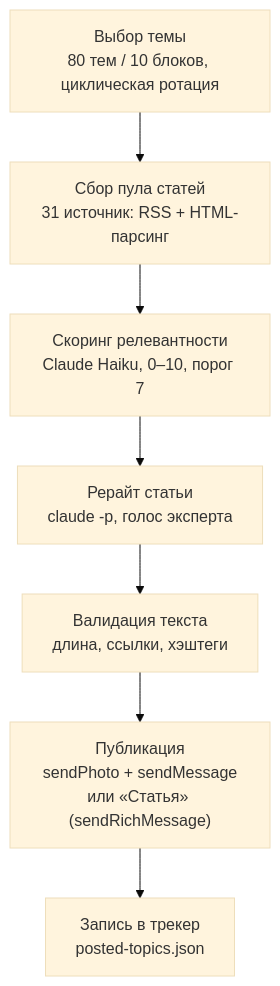
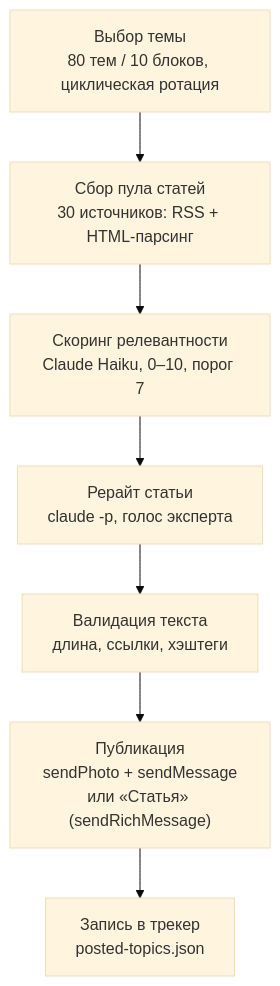
Before and after one commit to jw-git-hub/psy-aleksander-tg-auto-posts-bot: the diagram in README.md, drawn with Mermaid (base theme). The commit also changed other lines of this file and 5 other files, not shown here.

````diff
--- a/README.md
+++ b/README.md
@@ -45,9 +45,9 @@
 ```mermaid
 flowchart TD
-    A["Выбор темы<br/>80 тем / 10 блоков, циклическая ротация"] --> B["Сбор пула статей<br/>31 источник: RSS + HTML-парсинг"]
+    A["Выбор темы<br/>80 тем / 10 блоков, циклическая ротация"] --> B["Сбор пула статей<br/>30 источников: RSS + HTML-парсинг"]
     B --> C["Скоринг релевантности<br/>Claude Haiku, 0–10, порог 7"]
     C --> D["Рерайт статьи<br/>claude -p, голос эксперта"]
     D --> E["Валидация текста<br/>длина, ссылки, хэштеги"]
     E --> F["Публикация<br/>sendPhoto + sendMessage<br/>или «Статья» (sendRichMessage)"]
     F --> G["Запись в трекер<br/>posted-topics.json"]
 ```
````
